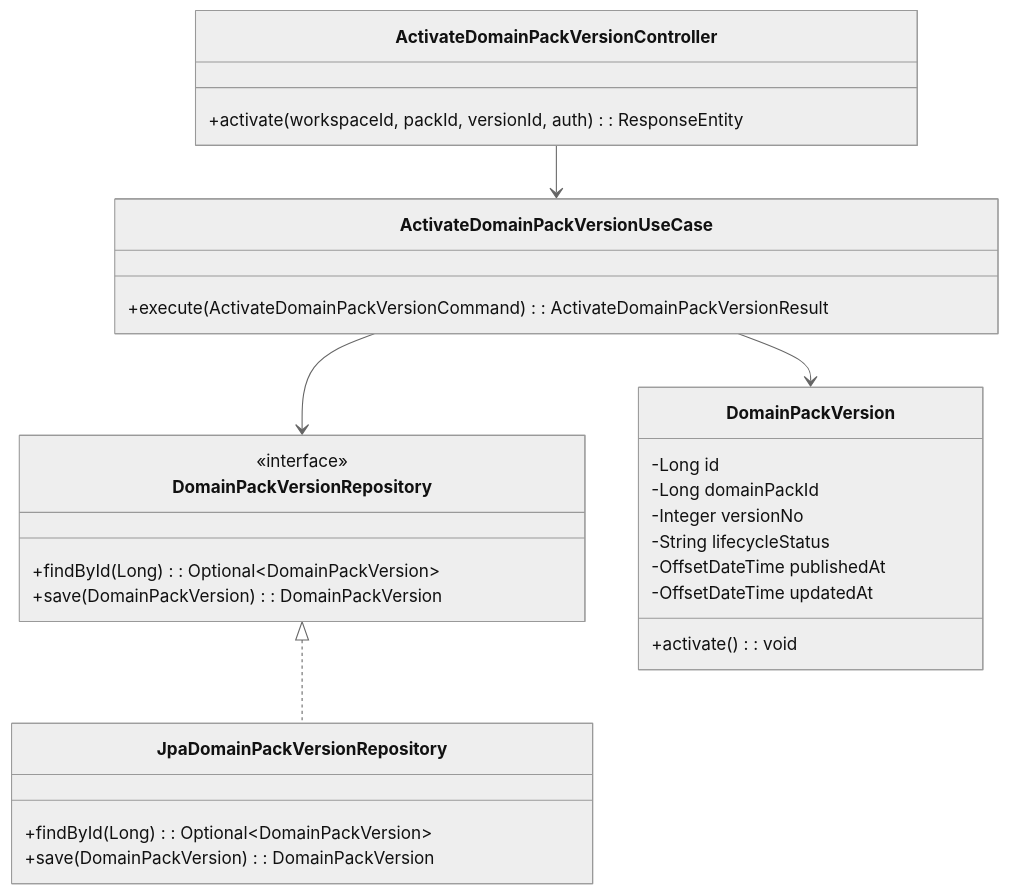
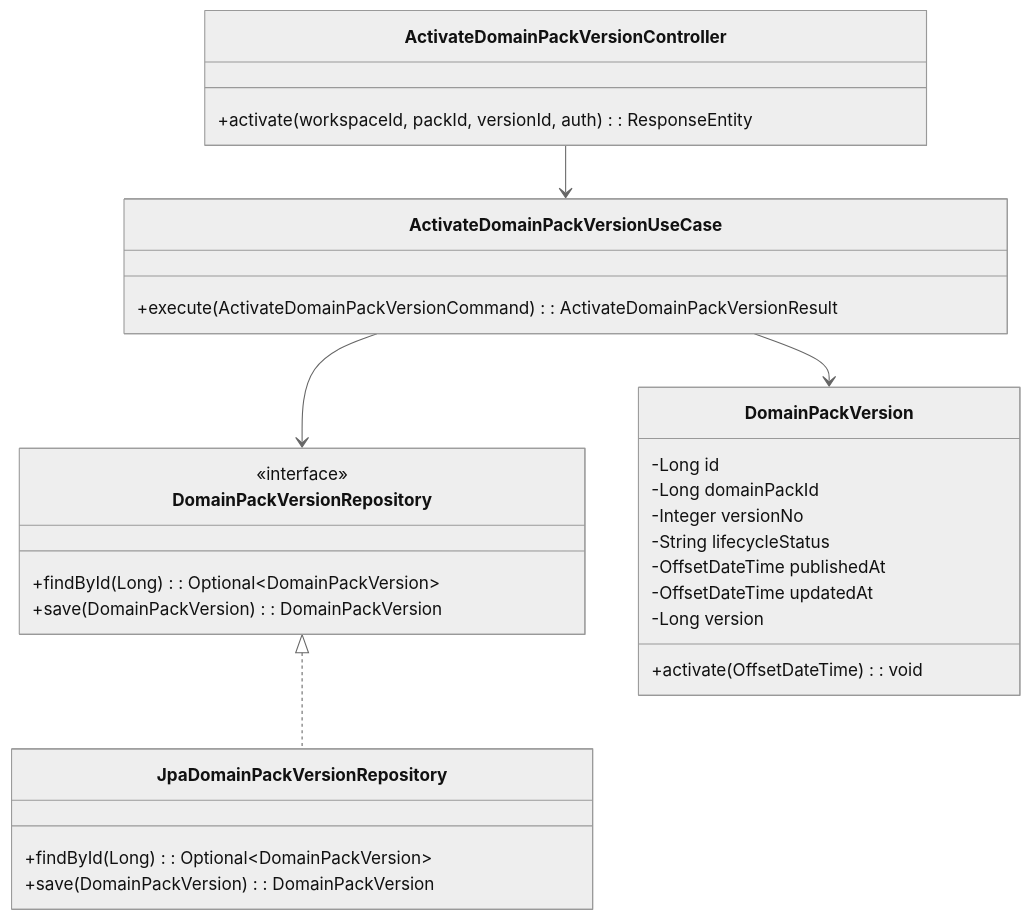
One commit to ajou-2026-1-capstone-5/ostone changed the second of 2 diagrams in .agent/specs/332.md. Above: the diagram before and after it, drawn with Mermaid (neutral theme). The commit also changed other lines of this file, not shown here.

First line of the commit message:
docs(domainpack): fix spec-332 time-source mismatch, optimistic locking, and auth

````diff
--- a/.agent/specs/332.md
+++ b/.agent/specs/332.md
@@ -122,36 +134,37 @@
 ```mermaid
 classDiagram
     class ActivateDomainPackVersionController {
         +activate(workspaceId, packId, versionId, auth): ResponseEntity
     }
 
     class ActivateDomainPackVersionUseCase {
         +execute(ActivateDomainPackVersionCommand): ActivateDomainPackVersionResult
     }
 
     class DomainPackVersionRepository {
         <<interface>>
         +findById(Long): Optional~DomainPackVersion~
         +save(DomainPackVersion): DomainPackVersion
     }
 
     class DomainPackVersion {
         -Long id
         -Long domainPackId
         -Integer versionNo
         -String lifecycleStatus
         -OffsetDateTime publishedAt
         -OffsetDateTime updatedAt
-        +activate(): void
+        -Long version
+        +activate(OffsetDateTime): void
     }
 
     class JpaDomainPackVersionRepository {
         +findById(Long): Optional~DomainPackVersion~
         +save(DomainPackVersion): DomainPackVersion
     }
 
     ActivateDomainPackVersionController --> ActivateDomainPackVersionUseCase
     ActivateDomainPackVersionUseCase --> DomainPackVersionRepository
     ActivateDomainPackVersionUseCase --> DomainPackVersion
     DomainPackVersionRepository <|.. JpaDomainPackVersionRepository
 ```
````
